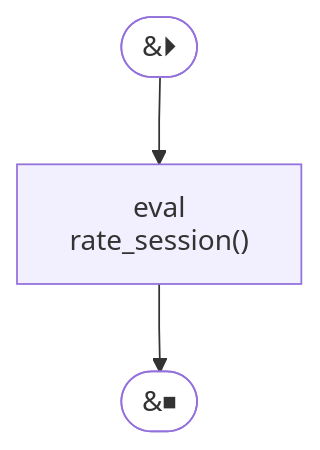
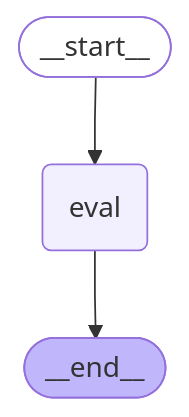
One commit to House2642/wikifeelings.ai changed the diagram in final_code/diagrams/case_judge_graph.mmd. Above: the diagram before and after it, drawn with Mermaid. The commit also changed 2 other files, not shown here.

Commit message:
Update sub-graph .mmd files from live LangGraph draw_mermaid() output
Re-ran evaluation_flow_diagram.py with dependencies installed; the
fidelity, case conceptualization, and crisis judge graphs are now
generated directly from their compiled LangGraph StateGraph objects.

https://claude.ai/code/session_017NH3FvckdAXWpcVjo2Ce2p

```diff
--- a/final_code/diagrams/case_judge_graph.mmd
+++ b/final_code/diagrams/case_judge_graph.mmd
@@ -1,12 +1,14 @@
-%%{init: {'flowchart': {'curve': 'linear'}}}%%
+---
+config:
+  flowchart:
+    curve: linear
+---
 graph TD;
-    __start__([<p>&#9205;</p>]):::first
-    __end__([<p>&#9209;</p>]):::last
-    eval["eval\nrate_session()"]:::default
-
-    __start__ --> eval
-    eval --> __end__
-
-    classDef default fill:#f2f0ff,line-height:1.2
-    classDef first  fill-opacity:0
-    classDef last   fill-opacity:0
+	__start__([<p>__start__</p>]):::first
+	eval(eval)
+	__end__([<p>__end__</p>]):::last
+	__start__ --> eval;
+	eval --> __end__;
+	classDef default fill:#f2f0ff,line-height:1.2
+	classDef first fill-opacity:0
+	classDef last fill:#bfb6fc
```
